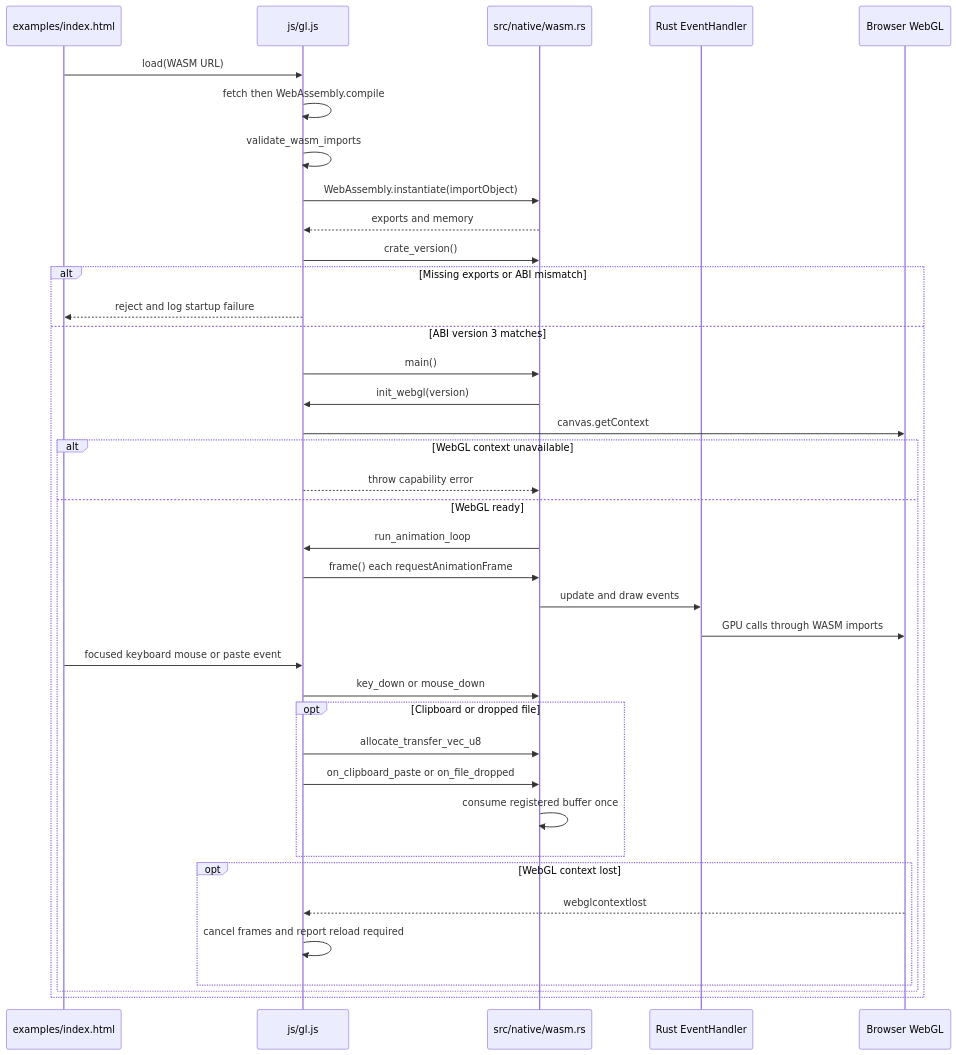
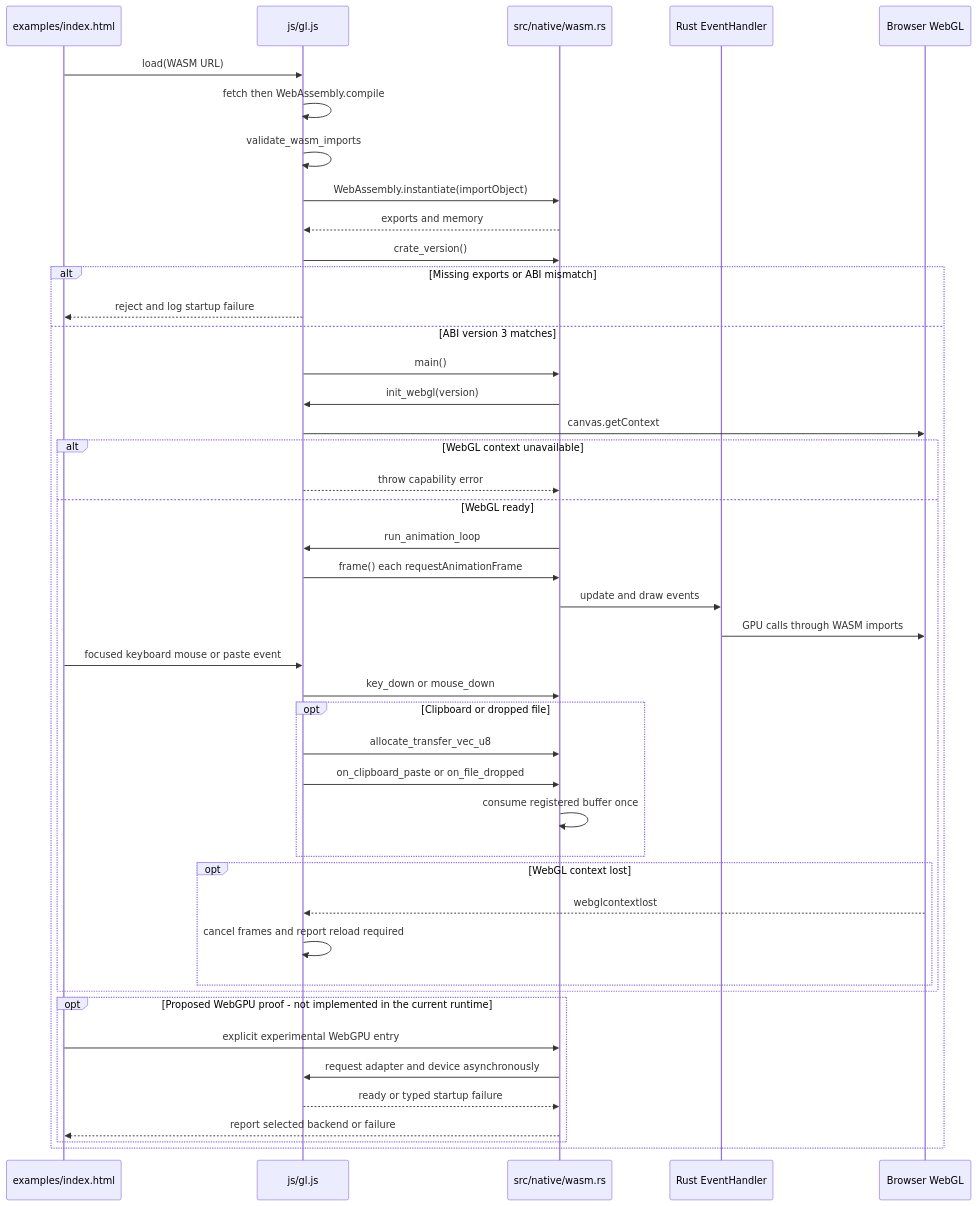
One commit to Tigon32/miniquad changed the diagram in docs/architecture/lifecycle.mmd. Above: the diagram before and after it, drawn with Mermaid. The commit also changed 5 other files, not shown here.

Commit message:
docs: require a proof-gated WebGPU migration (#154)

```diff
--- a/docs/architecture/lifecycle.mmd
+++ b/docs/architecture/lifecycle.mmd
@@ -1,38 +1,44 @@
 sequenceDiagram
     participant Page as examples/index.html
     participant JS as js/gl.js
     participant WASM as src/native/wasm.rs
     participant App as Rust EventHandler
     participant GL as Browser WebGL
     Page->>JS: load(WASM URL)
     JS->>JS: fetch then WebAssembly.compile
     JS->>JS: validate_wasm_imports
     JS->>WASM: WebAssembly.instantiate(importObject)
     WASM-->>JS: exports and memory
     JS->>WASM: crate_version()
     alt Missing exports or ABI mismatch
         JS-->>Page: reject and log startup failure
     else ABI version 3 matches
         JS->>WASM: main()
         WASM->>JS: init_webgl(version)
         JS->>GL: canvas.getContext
         alt WebGL context unavailable
             JS-->>WASM: throw capability error
         else WebGL ready
             WASM->>JS: run_animation_loop
             JS->>WASM: frame() each requestAnimationFrame
             WASM->>App: update and draw events
             App->>GL: GPU calls through WASM imports
             Page->>JS: focused keyboard mouse or paste event
             JS->>WASM: key_down or mouse_down
             opt Clipboard or dropped file
                 JS->>WASM: allocate_transfer_vec_u8
                 JS->>WASM: on_clipboard_paste or on_file_dropped
                 WASM->>WASM: consume registered buffer once
             end
             opt WebGL context lost
                 GL-->>JS: webglcontextlost
                 JS->>JS: cancel frames and report reload required
             end
         end
+        opt Proposed WebGPU proof - not implemented in the current runtime
+            Page->>WASM: explicit experimental WebGPU entry
+            WASM->>JS: request adapter and device asynchronously
+            JS-->>WASM: ready or typed startup failure
+            WASM-->>Page: report selected backend or failure
+        end
     end
```
